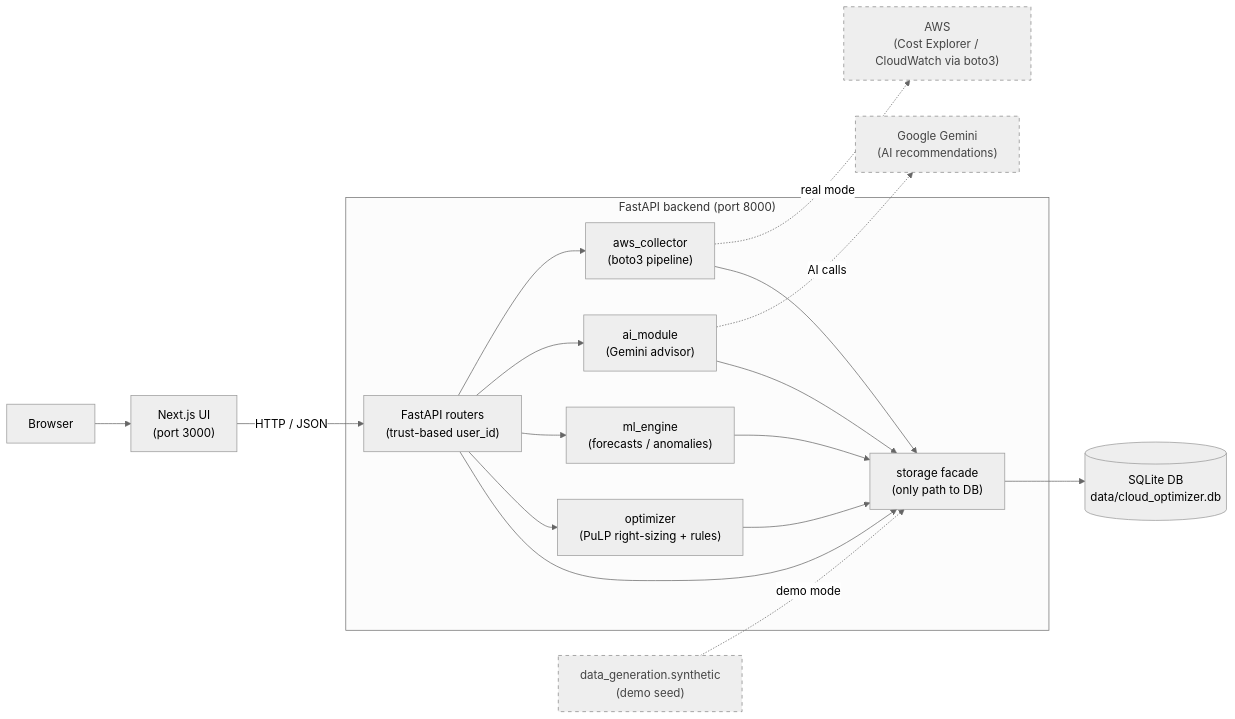
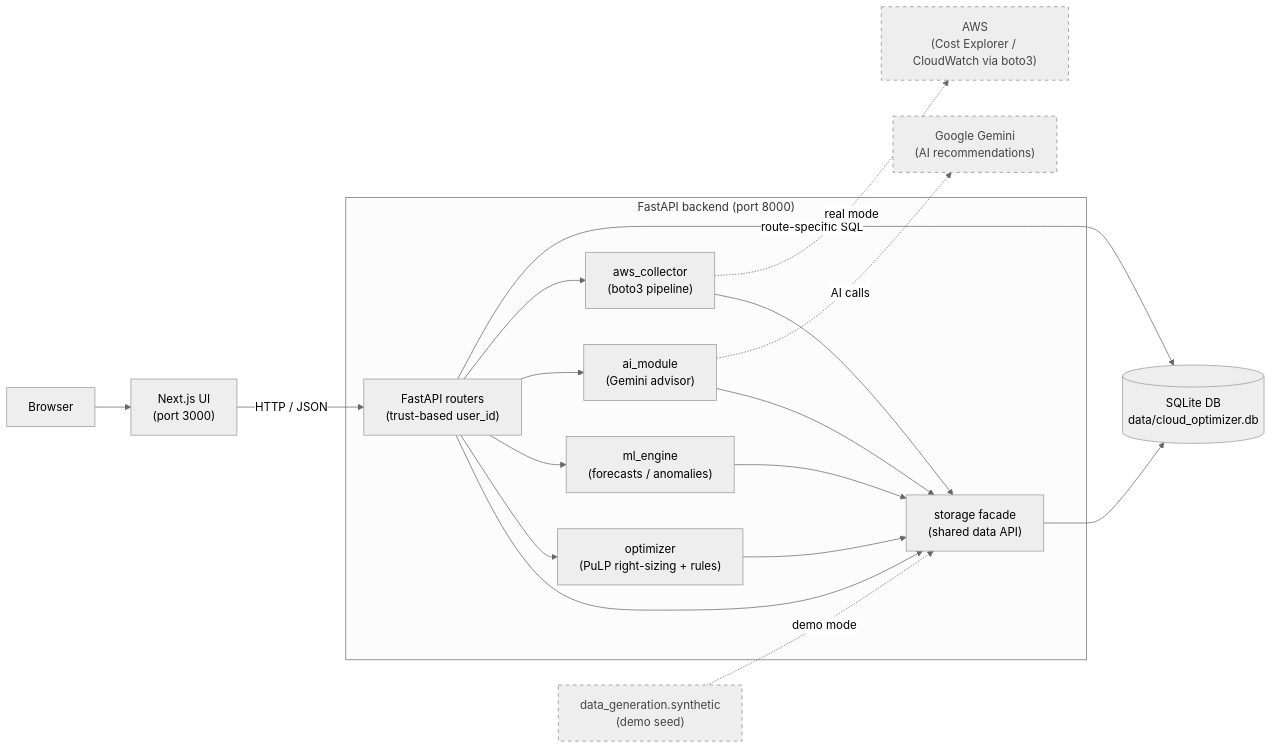
One commit to G1DO/smart-cloud-optimizer changed the first of 3 diagrams in README.md. Above: the diagram before and after it, drawn with Mermaid (neutral theme). The commit also changed other lines of this file and 15 other files, not shown here.

````diff
--- a/README.md
+++ b/README.md
@@ -13,39 +17,40 @@
 ```mermaid
 flowchart LR
   Browser["Browser"]
   NextUI["Next.js UI<br/>(port 3000)"]
 
   subgraph BE["FastAPI backend (port 8000)"]
     API["FastAPI routers<br/>(trust-based user_id)"]
-    Storage["storage facade<br/>(only path to DB)"]
+    Storage["storage facade<br/>(shared data API)"]
     Optimizer["optimizer<br/>(PuLP right-sizing + rules)"]
     ML["ml_engine<br/>(forecasts / anomalies)"]
     AImod["ai_module<br/>(Gemini advisor)"]
     Collector["aws_collector<br/>(boto3 pipeline)"]
   end
 
   DB[("SQLite DB<br/>data/cloud_optimizer.db")]
   Synthetic["data_generation.synthetic<br/>(demo seed)"]
   AWS["AWS<br/>(Cost Explorer / CloudWatch via boto3)"]
   Gemini["Google Gemini<br/>(AI recommendations)"]
 
   Browser --> NextUI
   NextUI -->|"HTTP / JSON"| API
   API --> Storage
   API --> Optimizer
   API --> ML
   API --> AImod
   API --> Collector
   Optimizer --> Storage
   ML --> Storage
   AImod --> Storage
   Collector --> Storage
   Storage --> DB
+  API -->|"route-specific SQL"| DB
 
   Collector -. "real mode" .-> AWS
   AImod -. "AI calls" .-> Gemini
   Synthetic -. "demo mode" .-> Storage
 
   classDef ext stroke-dasharray:5 5,stroke:#888,color:#444;
   class AWS,Gemini,Synthetic ext;
 ```
````
